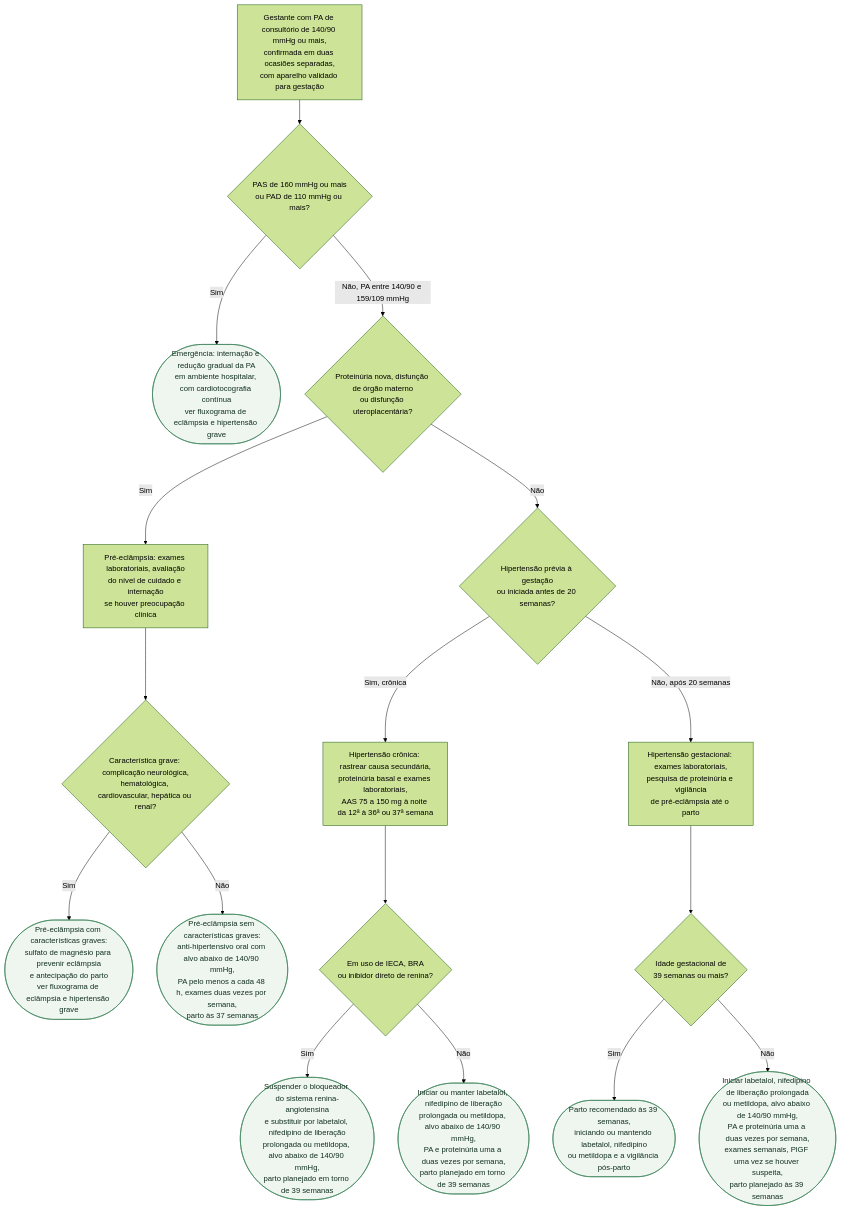
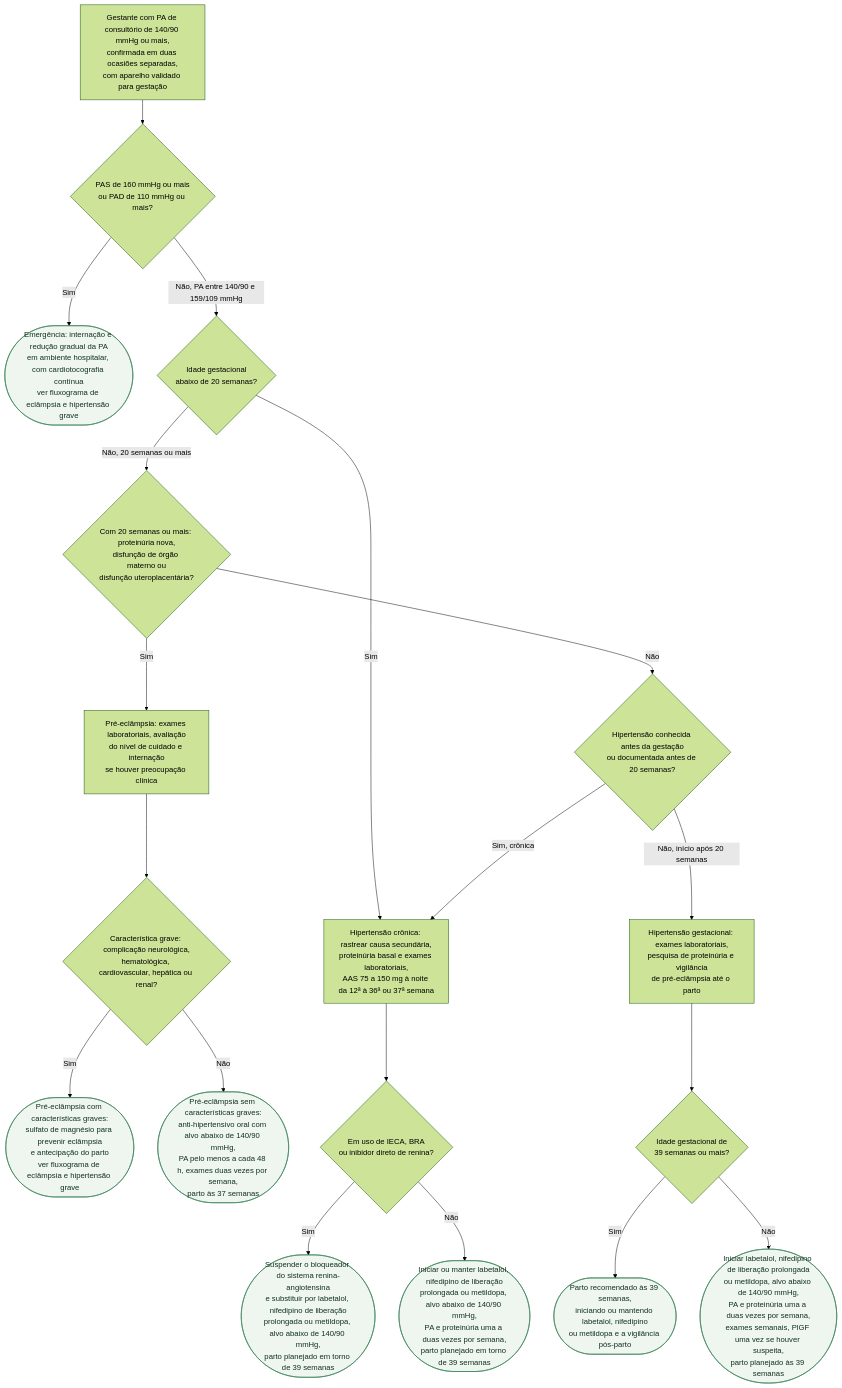
One commit to rafaelpaesmeirelles/MeuCardio changed the diagram in content/Gravidez/fluxograma-hipertensao-na-gestacao-cronica-gestacional-e-pre-eclampsia-esc-2025.md. Above: the diagram before and after it, drawn with Mermaid (forest theme). The commit also changed other lines of this file and 24 other files, not shown here.

````diff
--- a/content/Gravidez/fluxograma-hipertensao-na-gestacao-cronica-gestacional-e-pre-eclampsia-esc-2025.md
+++ b/content/Gravidez/fluxograma-hipertensao-na-gestacao-cronica-gestacional-e-pre-eclampsia-esc-2025.md
@@ -30,40 +30,43 @@
 ```mermaid
 flowchart TD
   R0["Gestante com PA de consultório de 140/90 mmHg ou mais,<br/>confirmada em duas ocasiões separadas,<br/>com aparelho validado para gestação"]
   D1{"PAS de 160 mmHg ou mais<br/>ou PAD de 110 mmHg ou mais?"}
   C1(["Emergência: internação e redução gradual da PA<br/>em ambiente hospitalar, com cardiotocografia contínua<br/>ver fluxograma de eclâmpsia e hipertensão grave"])
-  D2{"Proteinúria nova, disfunção de órgão materno<br/>ou disfunção uteroplacentária?"}
+  D0{"Idade gestacional<br/>abaixo de 20 semanas?"}
+  D2{"Com 20 semanas ou mais: proteinúria nova,<br/>disfunção de órgão materno ou<br/>disfunção uteroplacentária?"}
   P1["Pré-eclâmpsia: exames laboratoriais, avaliação<br/>do nível de cuidado e internação<br/>se houver preocupação clínica"]
   D3{"Característica grave: complicação neurológica,<br/>hematológica, cardiovascular, hepática ou renal?"}
   C2(["Pré-eclâmpsia com características graves:<br/>sulfato de magnésio para prevenir eclâmpsia<br/>e antecipação do parto<br/>ver fluxograma de eclâmpsia e hipertensão grave"])
   C3(["Pré-eclâmpsia sem características graves:<br/>anti-hipertensivo oral com alvo abaixo de 140/90 mmHg,<br/>PA pelo menos a cada 48 h, exames duas vezes por semana,<br/>parto às 37 semanas"])
-  D4{"Hipertensão prévia à gestação<br/>ou iniciada antes de 20 semanas?"}
+  D4{"Hipertensão conhecida antes da gestação<br/>ou documentada antes de 20 semanas?"}
   P2["Hipertensão crônica: rastrear causa secundária,<br/>proteinúria basal e exames laboratoriais,<br/>AAS 75 a 150 mg à noite da 12ª à 36ª ou 37ª semana"]
   D5{"Em uso de IECA, BRA<br/>ou inibidor direto de renina?"}
   C4(["Suspender o bloqueador do sistema renina-angiotensina<br/>e substituir por labetalol, nifedipino de liberação<br/>prolongada ou metildopa, alvo abaixo de 140/90 mmHg,<br/>parto planejado em torno de 39 semanas"])
   C5(["Iniciar ou manter labetalol, nifedipino de liberação<br/>prolongada ou metildopa, alvo abaixo de 140/90 mmHg,<br/>PA e proteinúria uma a duas vezes por semana,<br/>parto planejado em torno de 39 semanas"])
   P3["Hipertensão gestacional: exames laboratoriais,<br/>pesquisa de proteinúria e vigilância<br/>de pré-eclâmpsia até o parto"]
   D6{"Idade gestacional de<br/>39 semanas ou mais?"}
   C6(["Parto recomendado às 39 semanas,<br/>iniciando ou mantendo labetalol, nifedipino<br/>ou metildopa e a vigilância pós-parto"])
   C7(["Iniciar labetalol, nifedipino de liberação prolongada<br/>ou metildopa, alvo abaixo de 140/90 mmHg,<br/>PA e proteinúria uma a duas vezes por semana,<br/>exames semanais, PlGF uma vez se houver suspeita,<br/>parto planejado às 39 semanas"])
 
   R0 --> D1
   D1 -->|"Sim"| C1
-  D1 -->|"Não, PA entre 140/90 e 159/109 mmHg"| D2
+  D1 -->|"Não, PA entre 140/90 e 159/109 mmHg"| D0
+  D0 -->|"Sim"| P2
+  D0 -->|"Não, 20 semanas ou mais"| D2
   D2 -->|"Sim"| P1
   P1 --> D3
   D3 -->|"Sim"| C2
   D3 -->|"Não"| C3
   D2 -->|"Não"| D4
   D4 -->|"Sim, crônica"| P2
+  D4 -->|"Não, início após 20 semanas"| P3
   P2 --> D5
   D5 -->|"Sim"| C4
   D5 -->|"Não"| C5
-  D4 -->|"Não, após 20 semanas"| P3
   P3 --> D6
   D6 -->|"Sim"| C6
   D6 -->|"Não"| C7
 
   classDef conduta fill:#eef6ef,stroke:#2f7a4f,color:#12301f;
   class C1,C2,C3,C4,C5,C6,C7 conduta;
 ```
````
